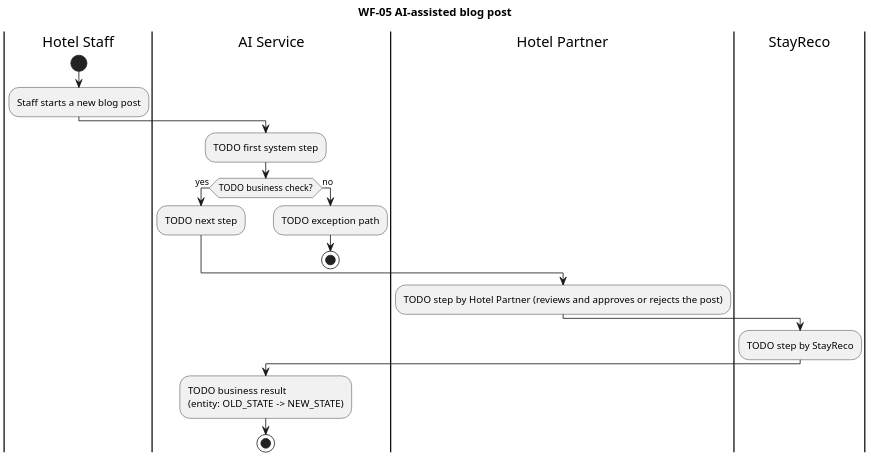
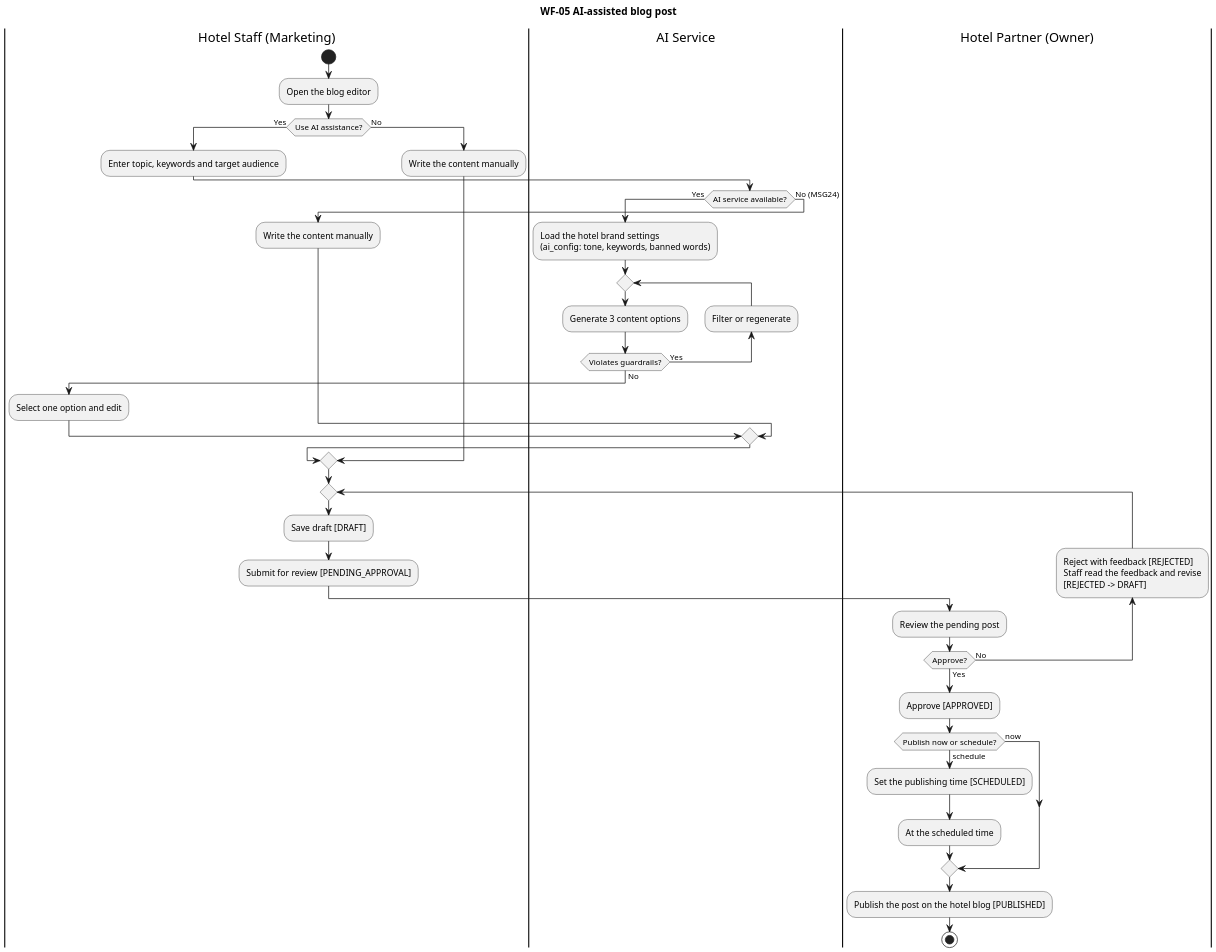
One commit to KnightChovy/stay-reco changed the diagram in docs/diagrams/activity/wf05_ai_blog.puml. Above: the diagram before and after it, drawn with PlantUML. The commit also changed 18 other files, not shown here.

First line of the commit message:
docs: diagram sources match every Report 4 figure

```diff
--- a/docs/diagrams/activity/wf05_ai_blog.puml
+++ b/docs/diagrams/activity/wf05_ai_blog.puml
@@ -1,28 +1,46 @@
 @startuml
-' WF-05 AI-assisted blog post
-' Owner: Ngo Minh Tan
-' Template: replace the placeholder steps with the real flow. Keep one swimlane per actor,
-' show only business steps (no internal processing), and end with the business result and entity states.
-skinparam dpi 180
+' WF-05 AI-assisted blog post (Report 4, Figure 16). Owner: Ngo Minh Tan. Planned (phase 5).
+' Same steps as wf05_ai_blog.drawio.
+skinparam dpi 160
 skinparam defaultFontName Helvetica
 skinparam shadowing false
 title WF-05 AI-assisted blog post
-|Hotel Staff|
+
+|Hotel Staff (Marketing)|
 start
-:Staff starts a new blog post;
-|AI Service|
-:TODO first system step;
-if (TODO business check?) then (yes)
-  :TODO next step;
-else (no)
-  :TODO exception path;
-  stop
+:Open the blog editor;
+if (Use AI assistance?) then (Yes)
+  :Enter topic, keywords and target audience;
+  |AI Service|
+  if (AI service available?) then (Yes)
+    :Load the hotel brand settings\n(ai_config: tone, keywords, banned words);
+    repeat
+      :Generate 3 content options;
+    backward :Filter or regenerate;
+    repeat while (Violates guardrails?) is (Yes) not (No)
+    |Hotel Staff (Marketing)|
+    :Select one option and edit;
+  else (No (MSG24))
+    |Hotel Staff (Marketing)|
+    :Write the content manually;
+  endif
+else (No)
+  :Write the content manually;
 endif
-|Hotel Partner|
-:TODO step by Hotel Partner (reviews and approves or rejects the post);
-|StayReco|
-:TODO step by StayReco;
-|AI Service|
-:TODO business result\n(entity: OLD_STATE -> NEW_STATE);
+repeat
+  |Hotel Staff (Marketing)|
+  :Save draft [DRAFT];
+  :Submit for review [PENDING_APPROVAL];
+  |Hotel Partner (Owner)|
+  :Review the pending post;
+backward :Reject with feedback [REJECTED]\nStaff read the feedback and revise\n[REJECTED -> DRAFT];
+repeat while (Approve?) is (No) not (Yes)
+:Approve [APPROVED];
+if (Publish now or schedule?) then (schedule)
+  :Set the publishing time [SCHEDULED];
+  :At the scheduled time;
+else (now)
+endif
+:Publish the post on the hotel blog [PUBLISHED];
 stop
 @enduml
```
